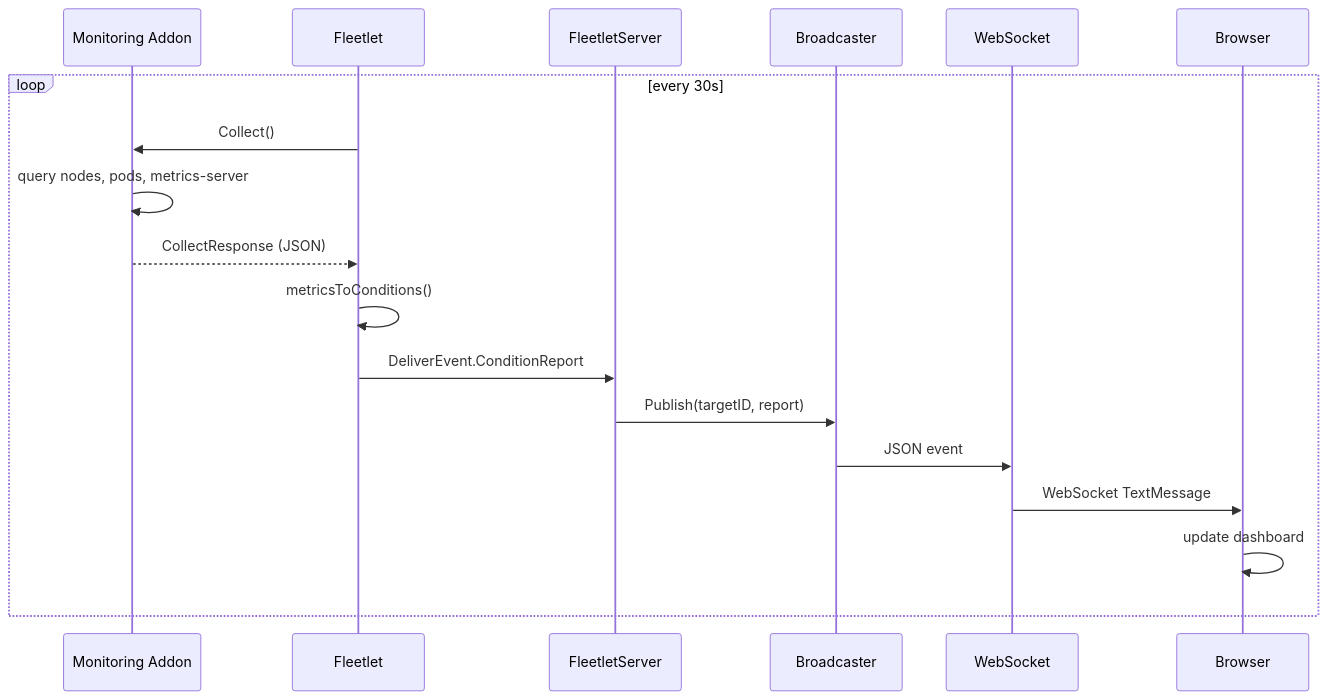
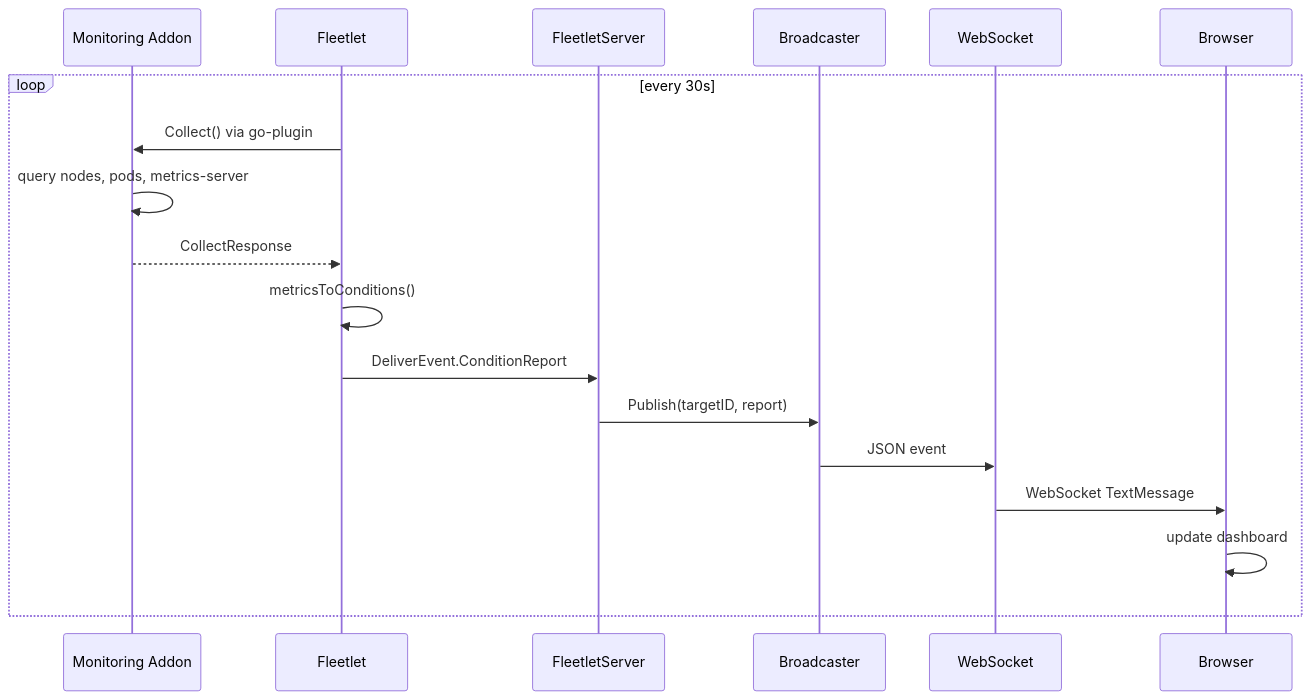
Before and after one commit to fleetshift/fleetshift-poc: the sixth of 6 diagrams in addons/README.md, drawn with Mermaid. The commit also changed other lines of this file, not shown here.

First line of the commit message:
docs(OME-33): update README for go-plugin on both platform and cluster sides

````diff
--- a/addons/README.md
+++ b/addons/README.md
@@ -170,21 +189,21 @@
 ```mermaid
 sequenceDiagram
     participant M as Monitoring Addon
     participant F as Fleetlet
     participant S as FleetletServer
     participant B as Broadcaster
     participant WS as WebSocket
     participant UI as Browser
 
     loop every 30s
-        F->>M: Collect()
+        F->>M: Collect() via go-plugin
         M->>M: query nodes, pods, metrics-server
-        M-->>F: CollectResponse (JSON)
+        M-->>F: CollectResponse
         F->>F: metricsToConditions()
         F->>S: DeliverEvent.ConditionReport
         S->>B: Publish(targetID, report)
         B->>WS: JSON event
         WS->>UI: WebSocket TextMessage
         UI->>UI: update dashboard
     end
 ```
````
